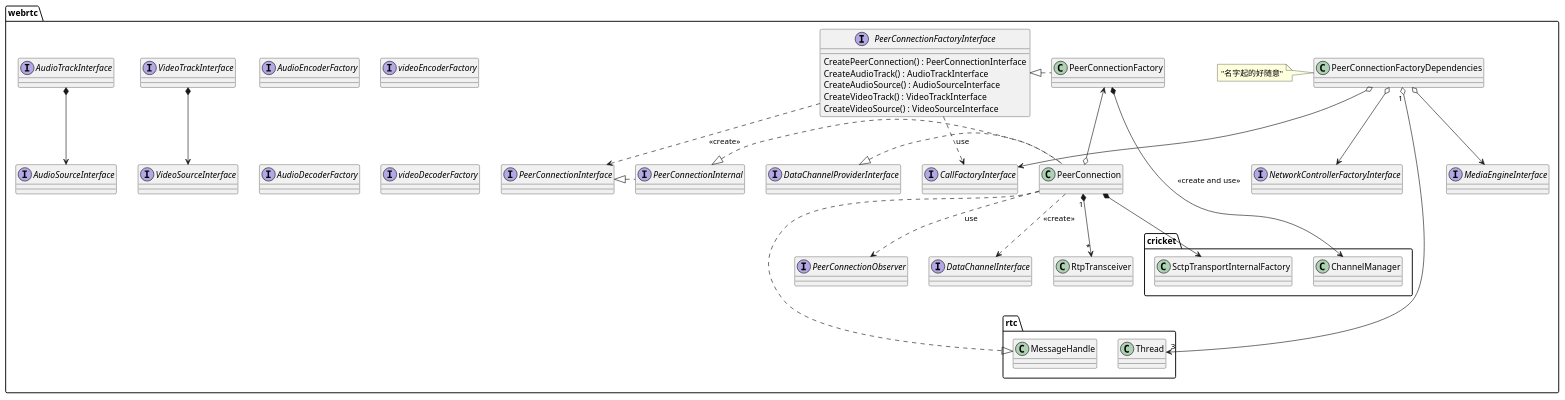
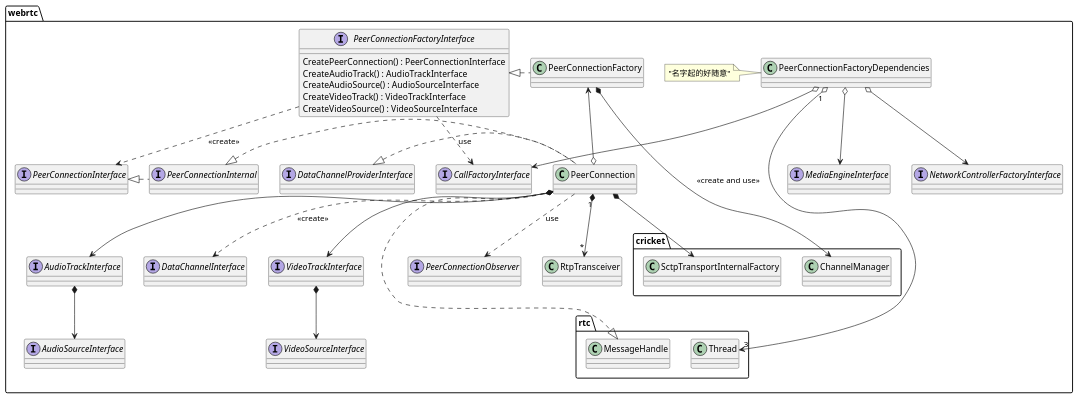
The diagram in webrtc_chrome/peerconnection.md (mingxin505/webrtcNote), drawn with PlantUML before and after one commit. The commit also changed 4 other files, not shown here.

````diff
--- a/webrtc_chrome/peerconnection.md
+++ b/webrtc_chrome/peerconnection.md
@@ -1,54 +1,53 @@
 ```plantuml
 page 2x2
 package webrtc {
     interface CallFactoryInterface
-    interface AudioEncoderFactory
-    interface videoEncoderFactory
-    interface AudioDecoderFactory
-    interface videoDecoderFactory
+
     interface PeerConnectionInterface
     interface VideoSourceInterface
     interface VideoTrackInterface
     interface AudioSourceInterface
     interface AudioTrackInterface
     interface DataChannelProviderInterface
     interface PeerConnectionInternal
     interface PeerConnectionInterface
     interface MediaEngineInterface
     interface NetworkControllerFactoryInterface
     interface CallFactoryInterface
     interface DataChannelInterface
     interface PeerConnectionObserver
     interface PeerConnectionFactoryInterface {
         CreatePeerConnection() : PeerConnectionInterface
         CreateAudioTrack() : AudioTrackInterface
         CreateAudioSource() : AudioSourceInterface
         CreateVideoTrack() : VideoTrackInterface
         CreateVideoSource() : VideoSourceInterface
     }
     class PeerConnectionFactory {
 
     }
     class PeerConnectionFactoryDependencies
     note left: "名字起的好随意"
     PeerConnectionFactoryDependencies "1" o--> "3" rtc.Thread
     PeerConnectionFactoryDependencies o--> CallFactoryInterface
     PeerConnectionFactoryDependencies o--> MediaEngineInterface
     PeerConnectionFactoryDependencies o--> NetworkControllerFactoryInterface
     PeerConnectionFactoryInterface ..> CallFactoryInterface : use
     PeerConnectionFactoryInterface ..> PeerConnectionInterface : <<create>>
     PeerConnectionFactory *-> cricket.ChannelManager : <<create and use>>
     PeerConnectionFactory ..left.|> PeerConnectionFactoryInterface
     PeerConnection ...|> rtc.MessageHandle
+    PeerConnection *--> VideoTrackInterface
+    PeerConnection *--> AudioTrackInterface
     PeerConnection .left..|> DataChannelProviderInterface
     PeerConnection .left..|> PeerConnectionInternal
     PeerConnection *--> cricket.SctpTransportInternalFactory
     PeerConnection ..> DataChannelInterface : <<create>>
     PeerConnection ..> PeerConnectionObserver : use
     PeerConnection "1" *--> "*" RtpTransceiver
     PeerConnectionInternal ..left.|>PeerConnectionInterface
     PeerConnection o-up-> PeerConnectionFactory
     VideoTrackInterface *--> VideoSourceInterface
     AudioTrackInterface *--> AudioSourceInterface
 }
 ```
````
